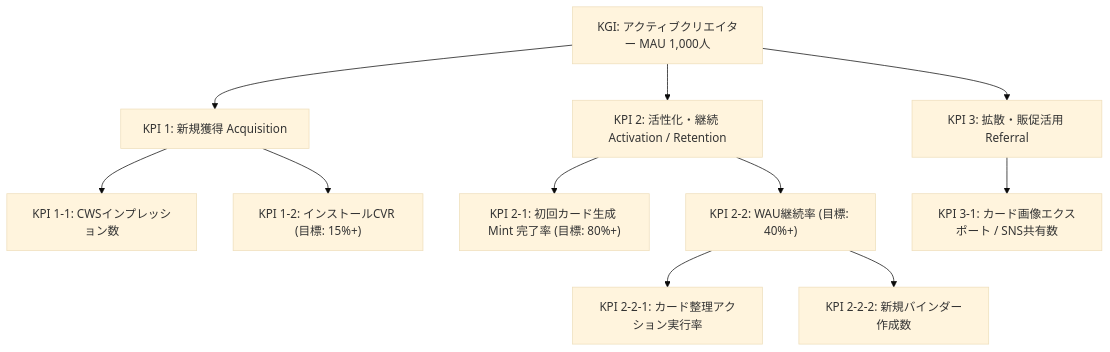
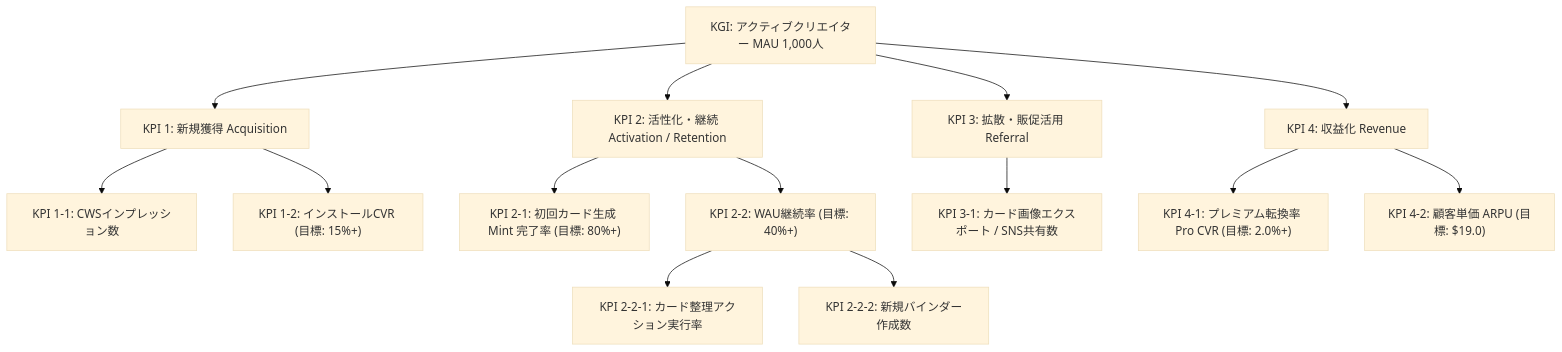
Before and after one commit to tmaeda11235/style-atelier: the diagram in memory-bank/marketingStrategy.md, drawn with Mermaid (base theme). The commit also changed other lines of this file, not shown here.

Commit message:
docs(marketing): define Campaign 9 pricing strategy and add KPI 4

````diff
--- a/memory-bank/marketingStrategy.md
+++ b/memory-bank/marketingStrategy.md
@@ -83,16 +85,20 @@
 ```mermaid
 graph TD
     KGI[KGI: アクティブクリエイター MAU 1,000人] --> KPI1[KPI 1: 新規獲得 Acquisition]
     KGI --> KPI2[KPI 2: 活性化・継続 Activation / Retention]
     KGI --> KPI3[KPI 3: 拡散・販促活用 Referral]
+    KGI --> KPI4[KPI 4: 収益化 Revenue]
 
     KPI1 --> KPI1_1["KPI 1-1: CWSインプレッション数"]
     KPI1 --> KPI1_2["KPI 1-2: インストールCVR (目標: 15%+)"]
 
     KPI2 --> KPI2_1["KPI 2-1: 初回カード生成 Mint 完了率 (目標: 80%+)"]
     KPI2 --> KPI2_2["KPI 2-2: WAU継続率 (目標: 40%+)"]
     KPI2_2 --> KPI2_2_1["KPI 2-2-1: カード整理アクション実行率"]
     KPI2_2 --> KPI2_2_2["KPI 2-2-2: 新規バインダー作成数"]
 
     KPI3 --> KPI3_1["KPI 3-1: カード画像エクスポート / SNS共有数"]
+
+    KPI4 --> KPI4_1["KPI 4-1: プレミアム転換率 Pro CVR (目標: 2.0%+)"]
+    KPI4 --> KPI4_2["KPI 4-2: 顧客単価 ARPU (目標: $19.0)"]
 ```
````
